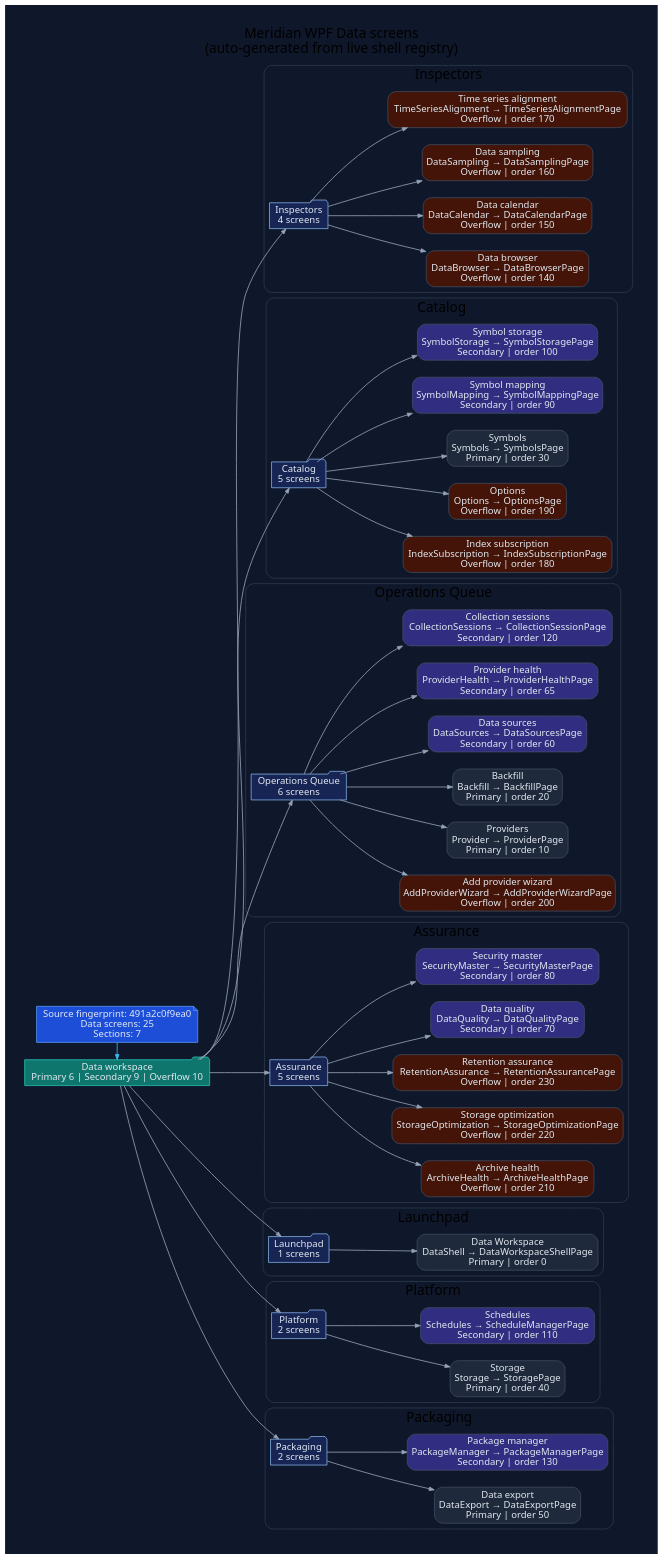
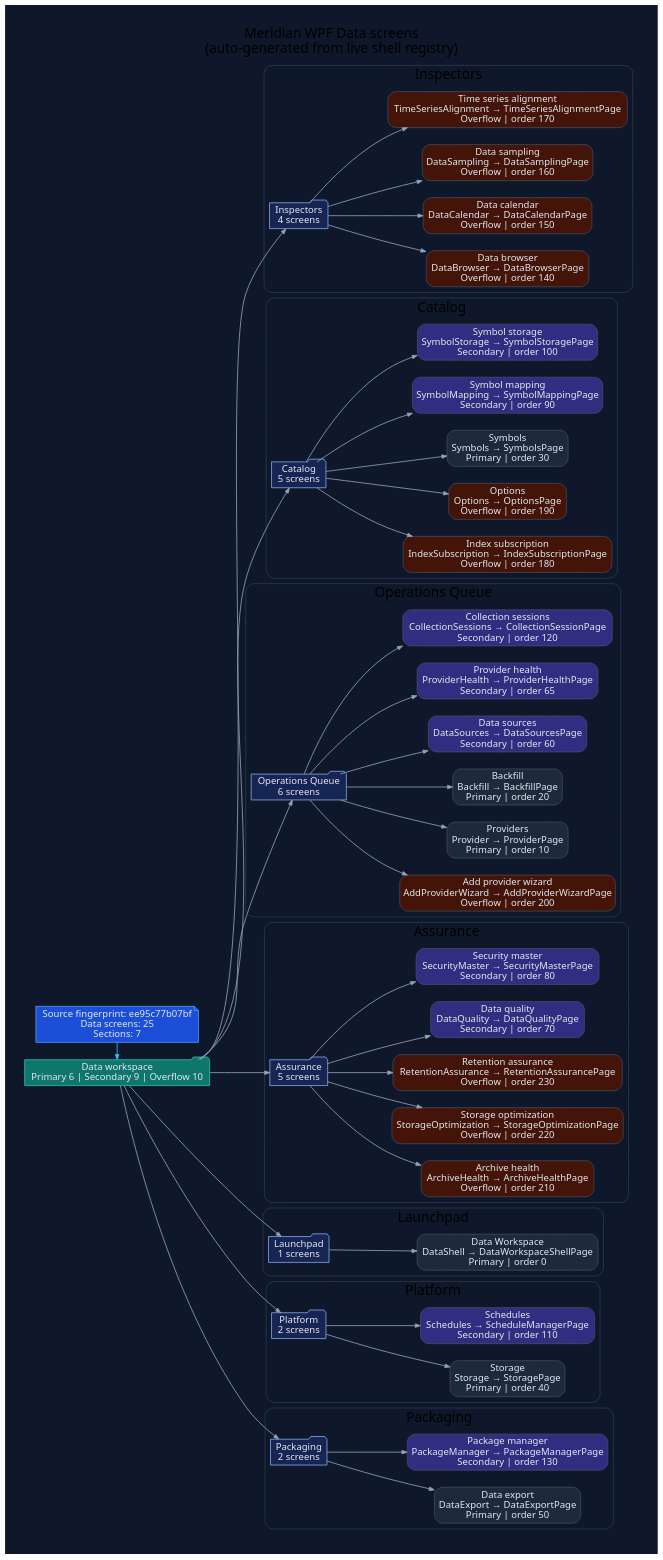
The diagram in docs/diagrams/ui-wpf-screens-data.dot (rodoHasArrived/Meridian-main), drawn with Graphviz before and after one commit. The commit also changed 21 other files, not shown here.

Commit message:
Refresh WPF diagrams for OAuth startup changes

```diff
--- a/docs/diagrams/ui-wpf-screens-data.dot
+++ b/docs/diagrams/ui-wpf-screens-data.dot
@@ -1,132 +1,132 @@
 // -----------------------------------------------------------------------------
 // <auto-generated>
 // Generated by scripts/generate-diagrams.mjs.
 // Do not edit this file directly; update the WPF source files instead.
 // -----------------------------------------------------------------------------
 digraph WpfDataScreens {
   graph [
     rankdir=LR,
     labelloc=t,
     label="Meridian WPF Data screens\n(auto-generated from live shell registry)",
     fontname="Segoe UI",
     fontsize=20,
     pad=0.4,
     nodesep=0.35,
     ranksep=0.85,
     bgcolor="#0f172a"
   ];
   node [fontname="Segoe UI", shape=box, style="rounded,filled", color="#475569", fontcolor="#e2e8f0", fillcolor="#1e293b"];
   edge [fontname="Segoe UI", color="#94a3b8", penwidth=1.2, arrowsize=0.75];
 
-  generated [shape=note, fillcolor="#1d4ed8", color="#60a5fa", label="Source fingerprint: 491a2c0f9ea0\nData screens: 25\nSections: 7"];
+  generated [shape=note, fillcolor="#1d4ed8", color="#60a5fa", label="Source fingerprint: ee95c77b07bf\nData screens: 25\nSections: 7"];
   workspace [shape=folder, fillcolor="#0f766e", color="#2dd4bf", label="Data workspace\nPrimary 6 | Secondary 9 | Overflow 10"];
   generated -> workspace [color="#38bdf8"];
 
   subgraph cluster_section_1 {
     label="Inspectors";
     color="#334155";
     style="rounded";
     section_1 [shape=folder, fillcolor="#172554", color="#93c5fd", label="Inspectors\n4 screens"];
     workspace -> section_1;
     screen_DataBrowser [fillcolor="#431407", label="Data browser\nDataBrowser → DataBrowserPage\nOverflow | order 140"];
     section_1 -> screen_DataBrowser;
     screen_DataCalendar [fillcolor="#431407", label="Data calendar\nDataCalendar → DataCalendarPage\nOverflow | order 150"];
     section_1 -> screen_DataCalendar;
     screen_DataSampling [fillcolor="#431407", label="Data sampling\nDataSampling → DataSamplingPage\nOverflow | order 160"];
     section_1 -> screen_DataSampling;
     screen_TimeSeriesAlignment [fillcolor="#431407", label="Time series alignment\nTimeSeriesAlignment → TimeSeriesAlignmentPage\nOverflow | order 170"];
     section_1 -> screen_TimeSeriesAlignment;
   }
 
   subgraph cluster_section_2 {
     label="Catalog";
     color="#334155";
     style="rounded";
     section_2 [shape=folder, fillcolor="#172554", color="#93c5fd", label="Catalog\n5 screens"];
     workspace -> section_2;
     screen_IndexSubscription [fillcolor="#431407", label="Index subscription\nIndexSubscription → IndexSubscriptionPage\nOverflow | order 180"];
     section_2 -> screen_IndexSubscription;
     screen_Options [fillcolor="#431407", label="Options\nOptions → OptionsPage\nOverflow | order 190"];
     section_2 -> screen_Options;
     screen_Symbols [fillcolor="#1e293b", label="Symbols\nSymbols → SymbolsPage\nPrimary | order 30"];
     section_2 -> screen_Symbols;
     screen_SymbolMapping [fillcolor="#312e81", label="Symbol mapping\nSymbolMapping → SymbolMappingPage\nSecondary | order 90"];
     section_2 -> screen_SymbolMapping;
     screen_SymbolStorage [fillcolor="#312e81", label="Symbol storage\nSymbolStorage → SymbolStoragePage\nSecondary | order 100"];
     section_2 -> screen_SymbolStorage;
   }
 
   subgraph cluster_section_3 {
     label="Operations Queue";
     color="#334155";
     style="rounded";
     section_3 [shape=folder, fillcolor="#172554", color="#93c5fd", label="Operations Queue\n6 screens"];
     workspace -> section_3;
     screen_AddProviderWizard [fillcolor="#431407", label="Add provider wizard\nAddProviderWizard → AddProviderWizardPage\nOverflow | order 200"];
     section_3 -> screen_AddProviderWizard;
     screen_Provider [fillcolor="#1e293b", label="Providers\nProvider → ProviderPage\nPrimary | order 10"];
     section_3 -> screen_Provider;
     screen_Backfill [fillcolor="#1e293b", label="Backfill\nBackfill → BackfillPage\nPrimary | order 20"];
     section_3 -> screen_Backfill;
     screen_DataSources [fillcolor="#312e81", label="Data sources\nDataSources → DataSourcesPage\nSecondary | order 60"];
     section_3 -> screen_DataSources;
     screen_ProviderHealth [fillcolor="#312e81", label="Provider health\nProviderHealth → ProviderHealthPage\nSecondary | order 65"];
     section_3 -> screen_ProviderHealth;
     screen_CollectionSessions [fillcolor="#312e81", label="Collection sessions\nCollectionSessions → CollectionSessionPage\nSecondary | order 120"];
     section_3 -> screen_CollectionSessions;
   }
 
   subgraph cluster_section_4 {
     label="Assurance";
     color="#334155";
     style="rounded";
     section_4 [shape=folder, fillcolor="#172554", color="#93c5fd", label="Assurance\n5 screens"];
     workspace -> section_4;
     screen_ArchiveHealth [fillcolor="#431407", label="Archive health\nArchiveHealth → ArchiveHealthPage\nOverflow | order 210"];
     section_4 -> screen_ArchiveHealth;
     screen_StorageOptimization [fillcolor="#431407", label="Storage optimization\nStorageOptimization → StorageOptimizationPage\nOverflow | order 220"];
     section_4 -> screen_StorageOptimization;
     screen_RetentionAssurance [fillcolor="#431407", label="Retention assurance\nRetentionAssurance → RetentionAssurancePage\nOverflow | order 230"];
     section_4 -> screen_RetentionAssurance;
     screen_DataQuality [fillcolor="#312e81", label="Data quality\nDataQuality → DataQualityPage\nSecondary | order 70"];
     section_4 -> screen_DataQuality;
     screen_SecurityMaster [fillcolor="#312e81", label="Security master\nSecurityMaster → SecurityMasterPage\nSecondary | order 80"];
     section_4 -> screen_SecurityMaster;
   }
 
   subgraph cluster_section_5 {
     label="Launchpad";
     color="#334155";
     style="rounded";
     section_5 [shape=folder, fillcolor="#172554", color="#93c5fd", label="Launchpad\n1 screens"];
     workspace -> section_5;
     screen_DataShell [fillcolor="#1e293b", label="Data Workspace\nDataShell → DataWorkspaceShellPage\nPrimary | order 0"];
     section_5 -> screen_DataShell;
   }
 
   subgraph cluster_section_6 {
     label="Platform";
     color="#334155";
     style="rounded";
     section_6 [shape=folder, fillcolor="#172554", color="#93c5fd", label="Platform\n2 screens"];
     workspace -> section_6;
     screen_Storage [fillcolor="#1e293b", label="Storage\nStorage → StoragePage\nPrimary | order 40"];
     section_6 -> screen_Storage;
     screen_Schedules [fillcolor="#312e81", label="Schedules\nSchedules → ScheduleManagerPage\nSecondary | order 110"];
     section_6 -> screen_Schedules;
   }
 
   subgraph cluster_section_7 {
     label="Packaging";
     color="#334155";
     style="rounded";
     section_7 [shape=folder, fillcolor="#172554", color="#93c5fd", label="Packaging\n2 screens"];
     workspace -> section_7;
     screen_DataExport [fillcolor="#1e293b", label="Data export\nDataExport → DataExportPage\nPrimary | order 50"];
     section_7 -> screen_DataExport;
     screen_PackageManager [fillcolor="#312e81", label="Package manager\nPackageManager → PackageManagerPage\nSecondary | order 130"];
     section_7 -> screen_PackageManager;
   }
 
   { rank=min; generated; workspace; }
 }
```
